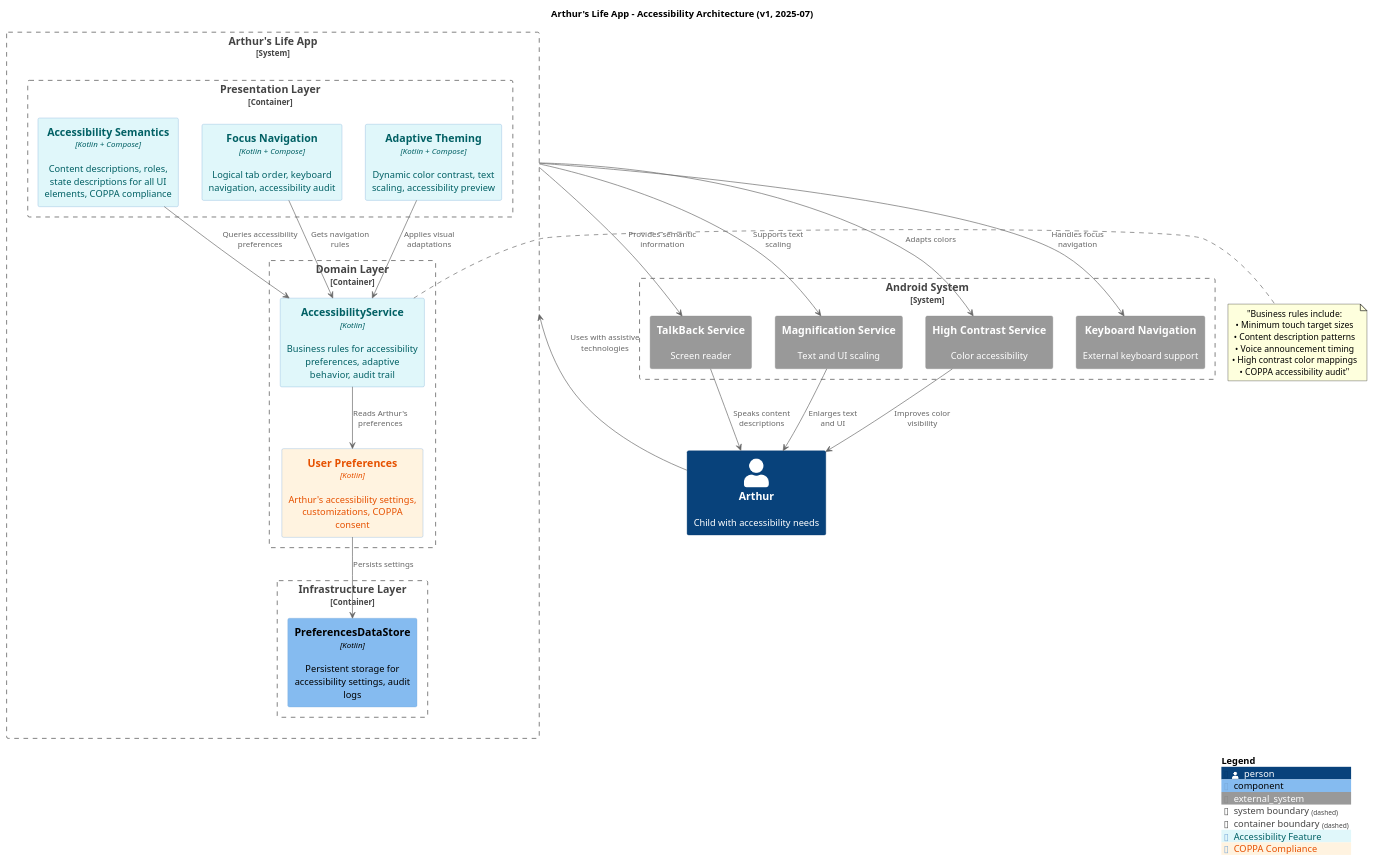
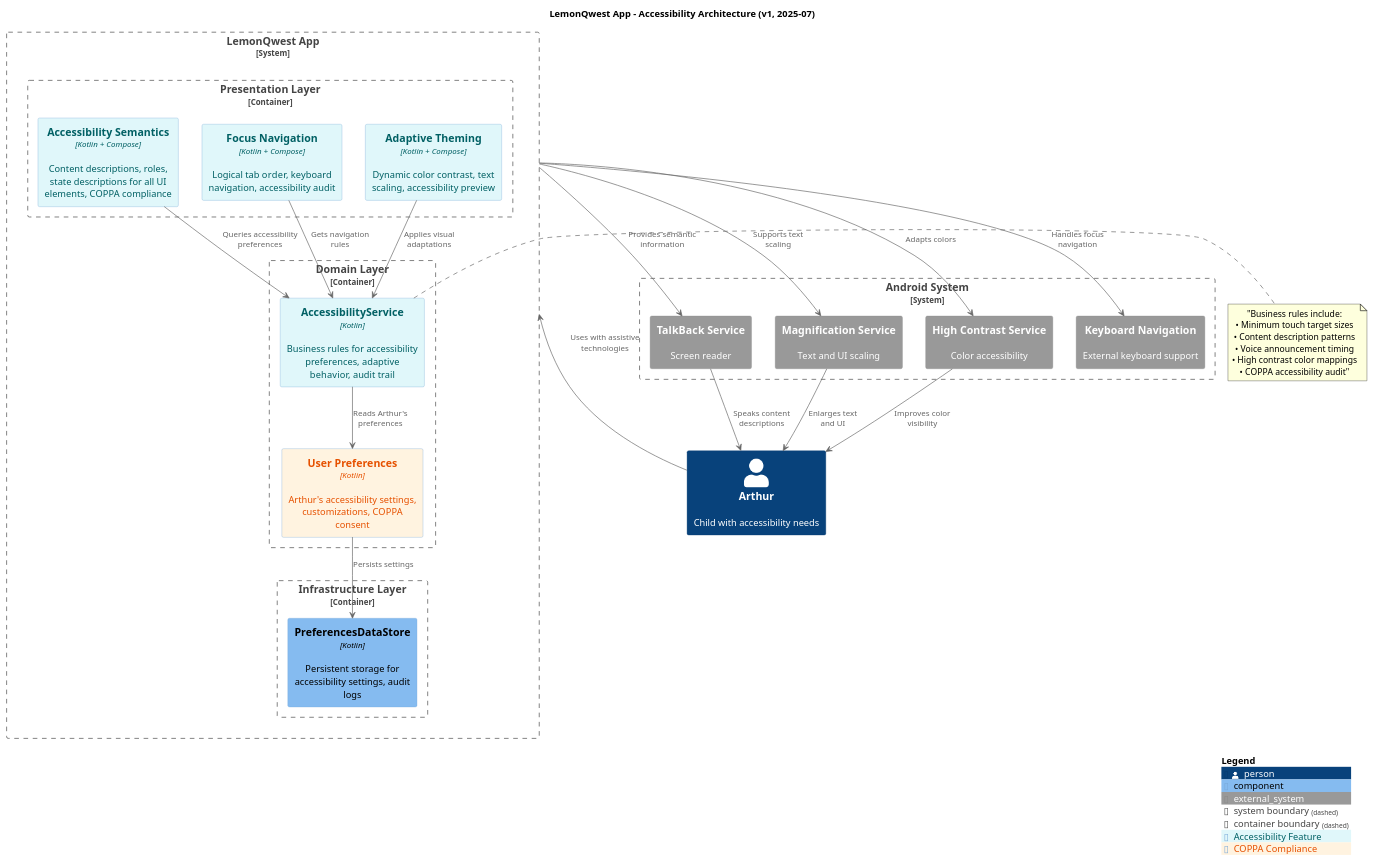
One commit to almeidaraphael/arthurs-life-app changed the diagram in docs/diagrams/accessibility-architecture.puml. Above: the diagram before and after it, drawn with PlantUML. The commit also changed 778 other files, not shown here.

First line of the commit message:
refactor: rename Arthurs Life App to LemonQwest across codebase and documentation

```diff
--- a/docs/diagrams/accessibility-architecture.puml
+++ b/docs/diagrams/accessibility-architecture.puml
@@ -1,60 +1,60 @@
 @startuml accessibility-architecture
 !include https://raw.githubusercontent.com/plantuml-stdlib/C4-PlantUML/master/C4_Component.puml
 
 LAYOUT_WITH_LEGEND()
 
-title Arthur's Life App - Accessibility Architecture (v1, 2025-07)
+title LemonQwest App - Accessibility Architecture (v1, 2025-07)
 
 AddComponentTag("a11y", $bgColor="#e0f7fa", $fontColor="#006064", $legendText="Accessibility Feature")
 AddComponentTag("coppa", $bgColor="#fff3e0", $fontColor="#e65100", $legendText="COPPA Compliance")
 
 Person(arthur, "Arthur", "Child with accessibility needs")
 
 System_Boundary(android, "Android System") {
   System_Ext(talkback, "TalkBack Service", "Screen reader")
   System_Ext(magnification, "Magnification Service", "Text and UI scaling")
   System_Ext(highcontrast, "High Contrast Service", "Color accessibility")
   System_Ext(keyboard, "Keyboard Navigation", "External keyboard support")
 }
 
-System_Boundary(app, "Arthur's Life App") {
+System_Boundary(app, "LemonQwest App") {
   Container_Boundary(presentation, "Presentation Layer") {
     Component(semantics, "Accessibility Semantics", "Kotlin + Compose", "Content descriptions, roles, state descriptions for all UI elements, COPPA compliance", $tags="a11y+coppa")
     Component(navigation, "Focus Navigation", "Kotlin + Compose", "Logical tab order, keyboard navigation, accessibility audit", $tags="a11y")
     Component(theming, "Adaptive Theming", "Kotlin + Compose", "Dynamic color contrast, text scaling, accessibility preview", $tags="a11y")
   }
 
   Container_Boundary(domain, "Domain Layer") {
     Component(a11yservice, "AccessibilityService", "Kotlin", "Business rules for accessibility preferences, adaptive behavior, audit trail", $tags="a11y")
     Component(userprefs, "User Preferences", "Kotlin", "Arthur's accessibility settings, customizations, COPPA consent", $tags="coppa")
   }
 
   Container_Boundary(infra, "Infrastructure Layer") {
     Component(prefsstore, "PreferencesDataStore", "Kotlin", "Persistent storage for accessibility settings, audit logs")
   }
 }
 
 arthur --> app : "Uses with assistive\ntechnologies"
 
 ' Android system interactions
 app --> talkback : "Provides semantic\ninformation"
 app --> magnification : "Supports text\nscaling"
 app --> highcontrast : "Adapts colors"
 app --> keyboard : "Handles focus\nnavigation"
 
 ' Internal accessibility flow
 semantics --> a11yservice : "Queries accessibility\npreferences"
 navigation --> a11yservice : "Gets navigation\nrules"
 theming --> a11yservice : "Applies visual\nadaptations"
 a11yservice --> userprefs : "Reads Arthur's\npreferences"
 userprefs --> prefsstore : "Persists settings"
 
 ' Feedback loops
 talkback --> arthur : "Speaks content\ndescriptions"
 magnification --> arthur : "Enlarges text\nand UI"
 highcontrast --> arthur : "Improves color\nvisibility"
 
 note right of a11yservice : "Business rules include:\n• Minimum touch target sizes\n• Content description patterns\n• Voice announcement timing\n• High contrast color mappings\n• COPPA accessibility audit"
 
 SHOW_LEGEND()
 @enduml
```
